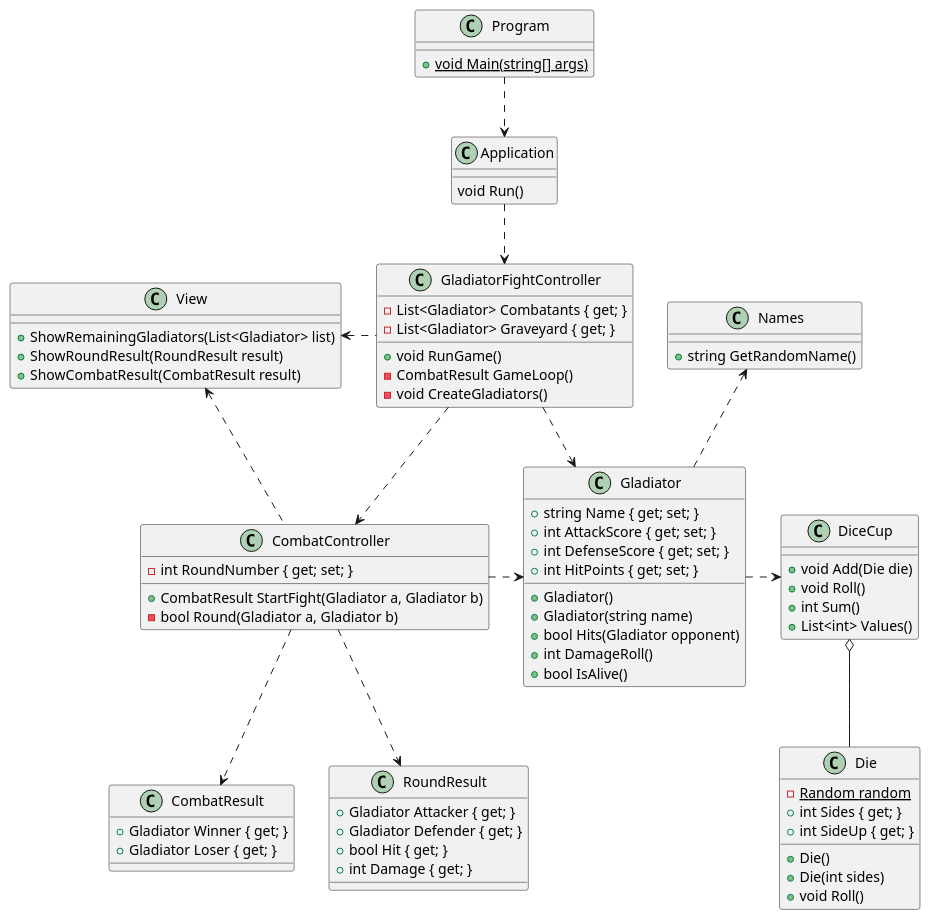
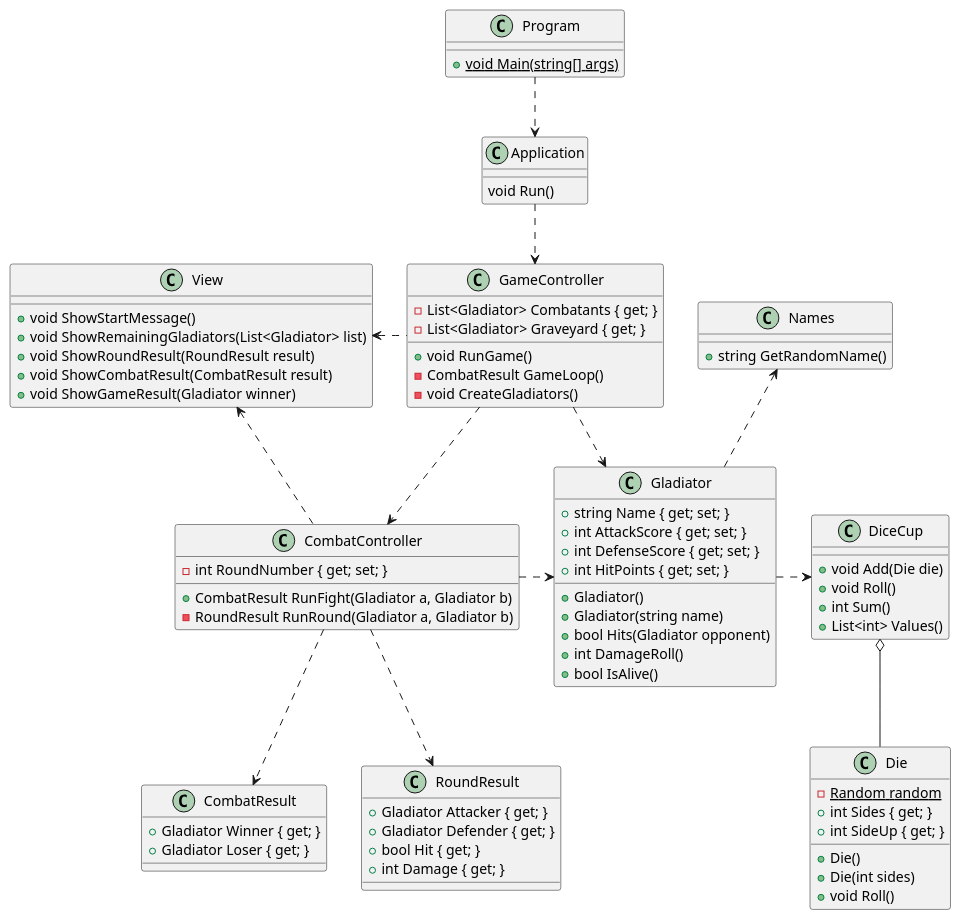
Before and after one commit to kparkov/programming-fundamentals: the diagram in src/Week 7/classes.plantuml, drawn with PlantUML. The commit also changed 3 other files, not shown here.

Commit message:
Update diagrams

```diff
--- a/src/Week 7/classes.plantuml
+++ b/src/Week 7/classes.plantuml
@@ -1,90 +1,92 @@
 @startuml
 
 class Program {
 	+ {static} void Main(string[] args)
 }
 
 class Application {
 	void Run()
 }
 
-class GladiatorFightController {
+class GameController {
 	- List<Gladiator> Combatants { get; }
 	- List<Gladiator> Graveyard { get; }
 	+ void RunGame()
 	- CombatResult GameLoop()
 	- void CreateGladiators()
 }
 
 class CombatController {
 	- int RoundNumber { get; set; }
-	+ CombatResult StartFight(Gladiator a, Gladiator b)
-	- bool Round(Gladiator a, Gladiator b)
+	+ CombatResult RunFight(Gladiator a, Gladiator b)
+	- RoundResult RunRound(Gladiator a, Gladiator b)
 }
 
 class RoundResult {
 	+ Gladiator Attacker { get; }
 	+ Gladiator Defender { get; }
 	+ bool Hit { get; }
 	+ int Damage { get; }
 }
 
 class CombatResult {
 	+ Gladiator Winner { get; }
 	+ Gladiator Loser { get; }
 }
 
 class Gladiator {
 	+ string Name { get; set; }
 	+ int AttackScore { get; set; }
 	+ int DefenseScore { get; set; }
 	+ int HitPoints { get; set; }
 
 	+ Gladiator()
 	+ Gladiator(string name)
 	+ bool Hits(Gladiator opponent)
 	+ int DamageRoll()
 	+ bool IsAlive()
 }
 
 class Die {
 	- {static} Random random
 	+ int Sides { get; }
 	+ int SideUp { get; }
 	+ Die()
 	+ Die(int sides)
 	+ void Roll()
 }
 
 class DiceCup {
 	+ void Add(Die die)
 	+ void Roll()
 	+ int Sum()
 	+ List<int> Values()
 }
 
 class View {
-	+ ShowRemainingGladiators(List<Gladiator> list)
-	+ ShowRoundResult(RoundResult result)
-	+ ShowCombatResult(CombatResult result)
+	+ void ShowStartMessage()
+	+ void ShowRemainingGladiators(List<Gladiator> list)
+	+ void ShowRoundResult(RoundResult result)
+	+ void ShowCombatResult(CombatResult result)
+	+ void ShowGameResult(Gladiator winner)
 }
 
 class Names {
 	+ string GetRandomName()
 }
 
 Program ..> Application
-Application ..> GladiatorFightController
-GladiatorFightController .> Gladiator
-GladiatorFightController ..> CombatController
-GladiatorFightController .left.> View
+Application ..> GameController
+GameController .> Gladiator
+GameController ..> CombatController
+GameController .left.> View
 CombatController ..> CombatResult
 CombatController ..> RoundResult
 CombatController .> Gladiator
 CombatController .left.> View
 DiceCup o-down- Die
 Gladiator .up.> Names
 Gladiator .right.> DiceCup
 
 
 @enduml
```
